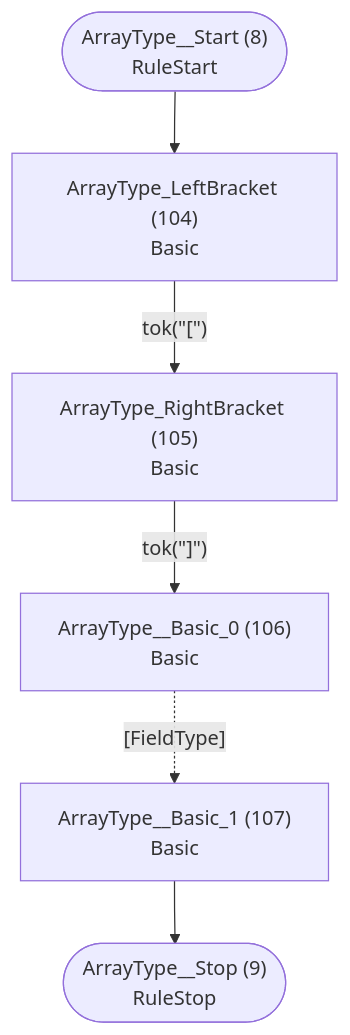
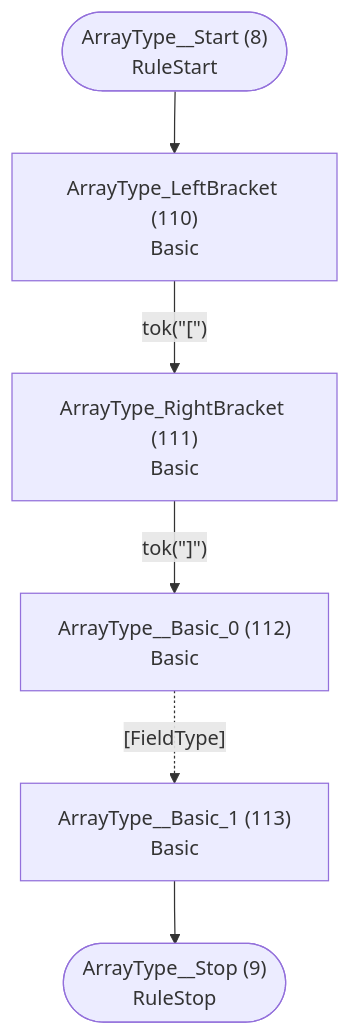
One commit to TypeFox/fastbelt changed the fifth of 28 diagrams in internal/grammar/atn.md. Above: the diagram before and after it, drawn with Mermaid. The commit also changed other lines of this file and 8 other files, not shown here.

````diff
--- a/internal/grammar/atn.md
+++ b/internal/grammar/atn.md
@@ -161,15 +166,15 @@
 ```mermaid
 flowchart TD
     q8(["ArrayType__Start (8)<br/>RuleStart"])
     q9(["ArrayType__Stop (9)<br/>RuleStop"])
-    q104["ArrayType_LeftBracket (104)<br/>Basic<br/>"]
-    q105["ArrayType_RightBracket (105)<br/>Basic<br/>"]
-    q106["ArrayType__Basic_0 (106)<br/>Basic<br/>"]
-    q107["ArrayType__Basic_1 (107)<br/>Basic<br/>"]
+    q110["ArrayType_LeftBracket (110)<br/>Basic<br/>"]
+    q111["ArrayType_RightBracket (111)<br/>Basic<br/>"]
+    q112["ArrayType__Basic_0 (112)<br/>Basic<br/>"]
+    q113["ArrayType__Basic_1 (113)<br/>Basic<br/>"]
 
-    q8 --> q104
-    q104 -->|"tok(&quot;[&quot;)"| q105
-    q105 -->|"tok(&quot;]&quot;)"| q106
-    q106 -.->|"[FieldType]"| q107
-    q107 --> q9
+    q8 --> q110
+    q110 -->|"tok(&quot;[&quot;)"| q111
+    q111 -->|"tok(&quot;]&quot;)"| q112
+    q112 -.->|"[FieldType]"| q113
+    q113 --> q9
 ```
````
